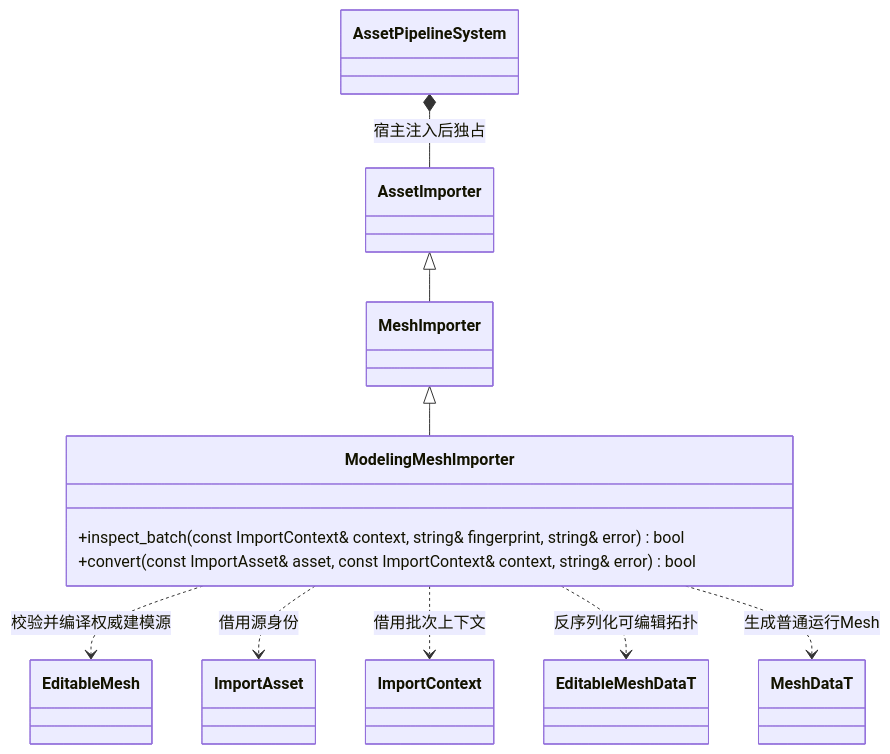
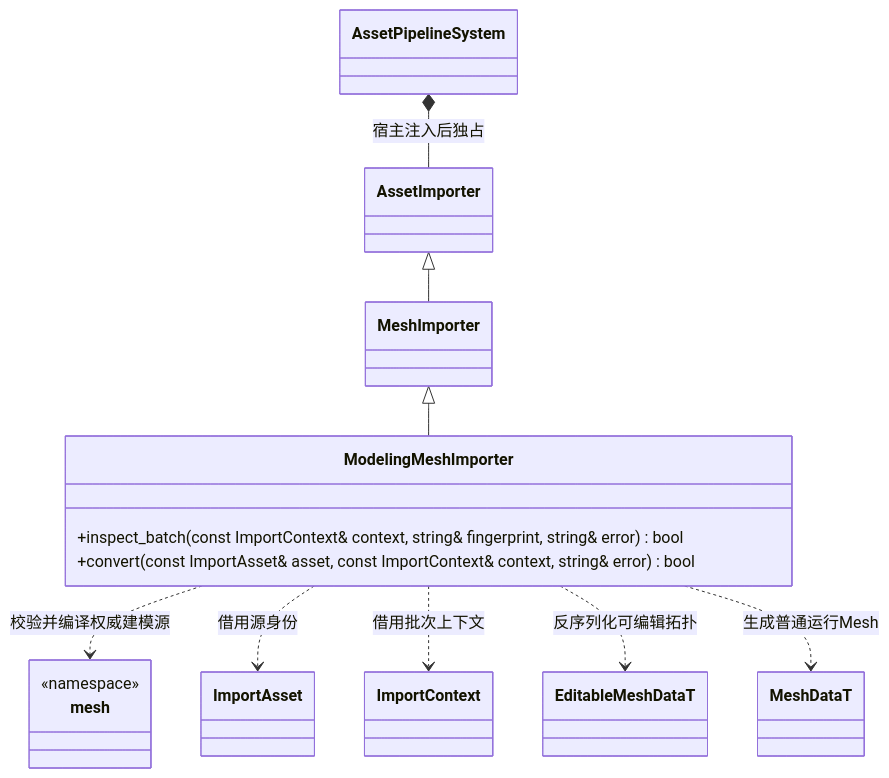
Before and after one commit to lcals/Engine: the diagram in docs/plugins/editor/class-diagrams/modeling-mesh-importer.md, drawn with Mermaid. The commit also changed other lines of this file and 133 other files, not shown here.

Commit message:
Simplify engine implementations under reviewed class diagrams

````diff
--- a/docs/plugins/editor/class-diagrams/modeling-mesh-importer.md
+++ b/docs/plugins/editor/class-diagrams/modeling-mesh-importer.md
@@ -5,23 +7,25 @@
 ```mermaid
 classDiagram
     class AssetImporter
     class MeshImporter
     class ModelingMeshImporter {
         +inspect_batch(const ImportContext& context, string& fingerprint, string& error) bool
         +convert(const ImportAsset& asset, const ImportContext& context, string& error) bool
     }
     class AssetPipelineSystem
-    class EditableMesh
+    class mesh {
+        <<namespace>>
+    }
     class ImportAsset
     class ImportContext
     class EditableMeshDataT
     class MeshDataT
     AssetImporter <|-- MeshImporter
     MeshImporter <|-- ModelingMeshImporter
     AssetPipelineSystem *-- AssetImporter : 宿主注入后独占
-    ModelingMeshImporter ..> EditableMesh : 校验并编译权威建模源
+    ModelingMeshImporter ..> mesh : 校验并编译权威建模源
     ModelingMeshImporter ..> ImportAsset : 借用源身份
     ModelingMeshImporter ..> ImportContext : 借用批次上下文
     ModelingMeshImporter ..> EditableMeshDataT : 反序列化可编辑拓扑
     ModelingMeshImporter ..> MeshDataT : 生成普通运行Mesh
 ```
````
